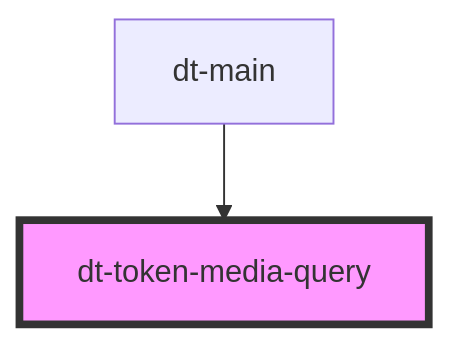
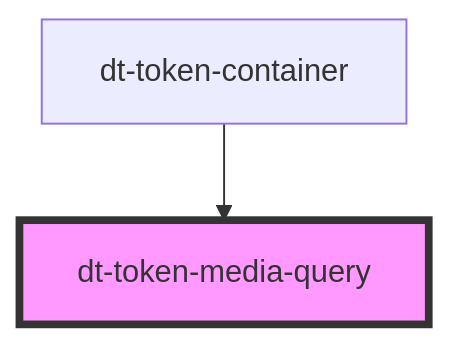
The diagram in src/components/token-media-query/readme.md (genexuslabs/design-tokens-editor), drawn with Mermaid before and after one commit. The commit also changed other lines of this file and 33 other files, not shown here.

Commit message:
finish token-container code

````diff
--- a/src/components/token-media-query/readme.md
+++ b/src/components/token-media-query/readme.md
@@ -22,5 +22,5 @@
 ```mermaid
 graph TD;
-  dt-main --> dt-token-media-query
+  dt-token-container --> dt-token-media-query
   style dt-token-media-query fill:#f9f,stroke:#333,stroke-width:4px
 ```
````
